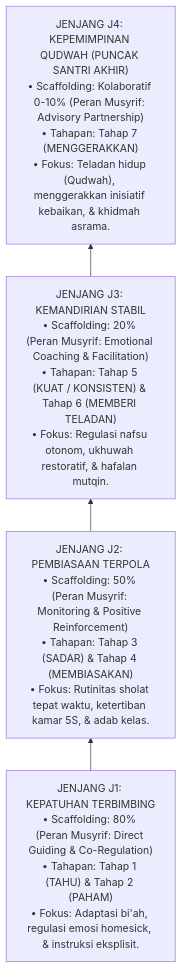
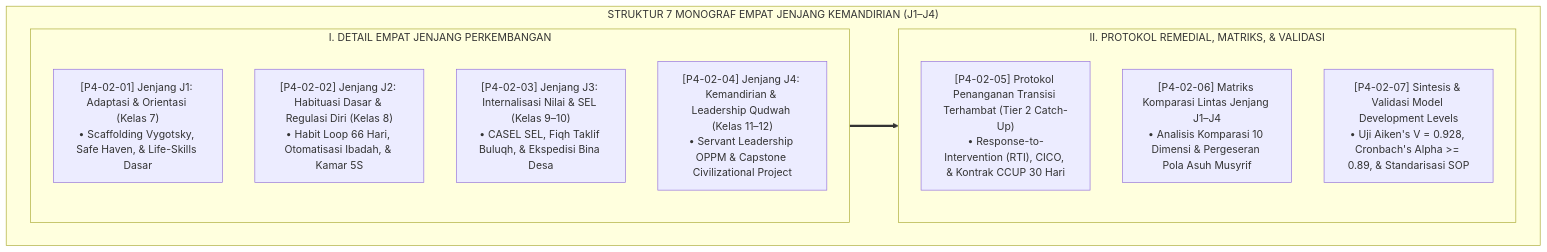
One commit to wandiapriliyandi/tumbuh changed the diagram in 04 Progression Framework/02 Development Levels/P4-02-Detail-4-Jenjang-Kemandirian-J1-J4.md. Above: the diagram before and after it, drawn with Mermaid. The commit also changed other lines of this file and 7 other files, not shown here.

Commit message:
docs(04-progression): complete all 8 research monographs for 02 Development Levels

````diff
--- a/04 Progression Framework/02 Development Levels/P4-02-Detail-4-Jenjang-Kemandirian-J1-J4.md
+++ b/04 Progression Framework/02 Development Levels/P4-02-Detail-4-Jenjang-Kemandirian-J1-J4.md
@@ -25,12 +26,19 @@
 ```mermaid
-graph BT
-    J1["JENJANG J1: KEPATUHAN TERBIMBING<br/>• Scaffolding: 80% (Peran Musyrif: Direct Guiding & Co-Regulation)<br/>• Tahapan: Tahap 1 (TAHU) & Tahap 2 (PAHAM)<br/>• Fokus: Adaptasi bi'ah, regulasi emosi homesick, & instruksi eksplisit."]
-    
-    J2["JENJANG J2: PEMBIASAAN TERPOLA<br/>• Scaffolding: 50% (Peran Musyrif: Monitoring & Positive Reinforcement)<br/>• Tahapan: Tahap 3 (SADAR) & Tahap 4 (MEMBIASAKAN)<br/>• Fokus: Rutinitas sholat tepat waktu, ketertiban kamar 5S, & adab kelas."]
-    
-    J3["JENJANG J3: KEMANDIRIAN STABIL<br/>• Scaffolding: 20% (Peran Musyrif: Emotional Coaching & Facilitation)<br/>• Tahapan: Tahap 5 (KUAT / KONSISTEN) & Tahap 6 (MEMBERI TELADAN)<br/>• Fokus: Regulasi nafsu otonom, ukhuwah restoratif, & hafalan mutqin."]
-    
-    J4["JENJANG J4: KEPEMIMPINAN QUDWAH (PUNCAK SANTRI AKHIR)<br/>• Scaffolding: Kolaboratif 0-10% (Peran Musyrif: Advisory Partnership)<br/>• Tahapan: Tahap 7 (MENGGERAKKAN)<br/>• Fokus: Teladan hidup (Qudwah), menggerakkan inisiatif kebaikan, & khidmah asrama."]
+flowchart TD
+    subgraph GugusDevelopmentLevels["STRUKTUR 7 MONOGRAF EMPAT JENJANG KEMANDIRIAN (J1–J4)"]
+        subgraph DETAILJENJANG["I. DETAIL EMPAT JENJANG PERKEMBANGAN"]
+            M01["[P4-02-01] Jenjang J1: Adaptasi & Orientasi (Kelas 7)<br/>• Scaffolding Vygotsky, Safe Haven, & Life-Skills Dasar"]
+            M02["[P4-02-02] Jenjang J2: Habituasi Dasar & Regulasi Diri (Kelas 8)<br/>• Habit Loop 66 Hari, Otomatisasi Ibadah, & Kamar 5S"]
+            M03["[P4-02-03] Jenjang J3: Internalisasi Nilai & SEL (Kelas 9–10)<br/>• CASEL SEL, Fiqh Taklif Buluqh, & Ekspedisi Bina Desa"]
+            M04["[P4-02-04] Jenjang J4: Kemandirian & Leadership Qudwah (Kelas 11–12)<br/>• Servant Leadership OPPM & Capstone Civilizational Project"]
+        end
 
-    J1 --> J2 --> J3 --> J4
+        subgraph PROTOKOLDANKOMPARASI["II. PROTOKOL REMEDIAL, MATRIKS, & VALIDASI"]
+            M05["[P4-02-05] Protokol Penanganan Transisi Terhambat (Tier 2 Catch-Up)<br/>• Response-to-Intervention (RTI), CICO, & Kontrak CCUP 30 Hari"]
+            M06["[P4-02-06] Matriks Komparasi Lintas Jenjang J1–J4<br/>• Analisis Komparasi 10 Dimensi & Pergeseran Pola Asuh Musyrif"]
+            M07["[P4-02-07] Sintesis & Validasi Model Development Levels<br/>• Uji Aiken's V = 0.928, Cronbach's Alpha >= 0.89, & Standarisasi SOP"]
+        end
+
+        DETAILJENJANG ==> PROTOKOLDANKOMPARASI
+    end
 ```
````
